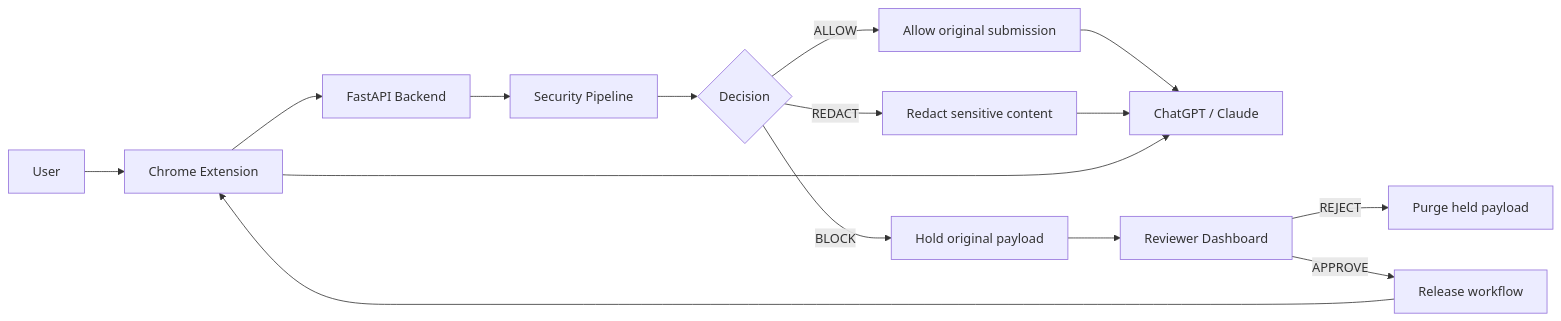
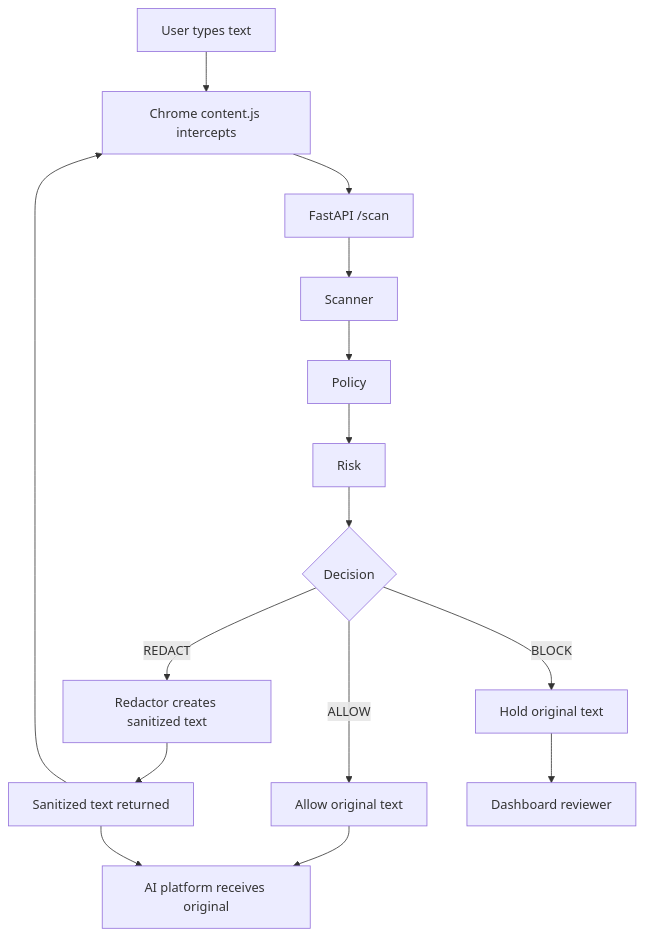
Before and after one commit to Aviralgit1212/AI-GUARDIAN: the first of 5 diagrams in README.md, drawn with Mermaid. The commit also changed other lines of this file, not shown here.

````diff
--- a/README.md
+++ b/README.md
@@ -15,20 +177,19 @@
 ```mermaid
-flowchart LR
-    U["User"] --> EXT["Chrome Extension"]
-    EXT --> API["FastAPI Backend"]
-    API --> PIPE["Security Pipeline"]
-    PIPE --> DEC{"Decision"}
+flowchart TD
+    A["User types text"] --> B["Chrome content.js intercepts"]
+    B --> C["FastAPI /scan"]
+    C --> D["Scanner"]
+    D --> E["Policy"]
+    E --> F["Risk"]
+    F --> G{"Decision"}
 
-    DEC -->|ALLOW| ALLOW["Allow original submission"]
-    DEC -->|REDACT| RED["Redact sensitive content"]
-    DEC -->|BLOCK| HOLD["Hold original payload"]
+    G -->|ALLOW| H["Allow original text"]
+    G -->|REDACT| I["Redactor creates sanitized text"]
+    G -->|BLOCK| J["Hold original text"]
 
-    ALLOW --> AI["ChatGPT / Claude"]
-    RED --> AI
-    HOLD --> REVIEW["Reviewer Dashboard"]
-
-    REVIEW -->|REJECT| PURGE["Purge held payload"]
-    REVIEW -->|APPROVE| REL["Release workflow"]
-    REL --> EXT
-    EXT --> AI
+    I --> K["Sanitized text returned"]
+    K --> B
+    H --> L["AI platform receives original"]
+    K --> L
+    J --> M["Dashboard reviewer"]
 ```
````
